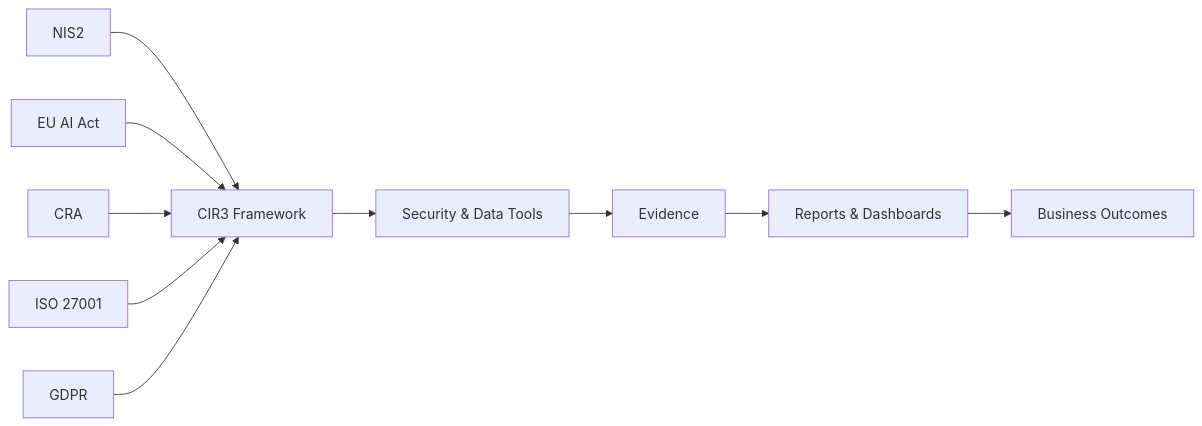
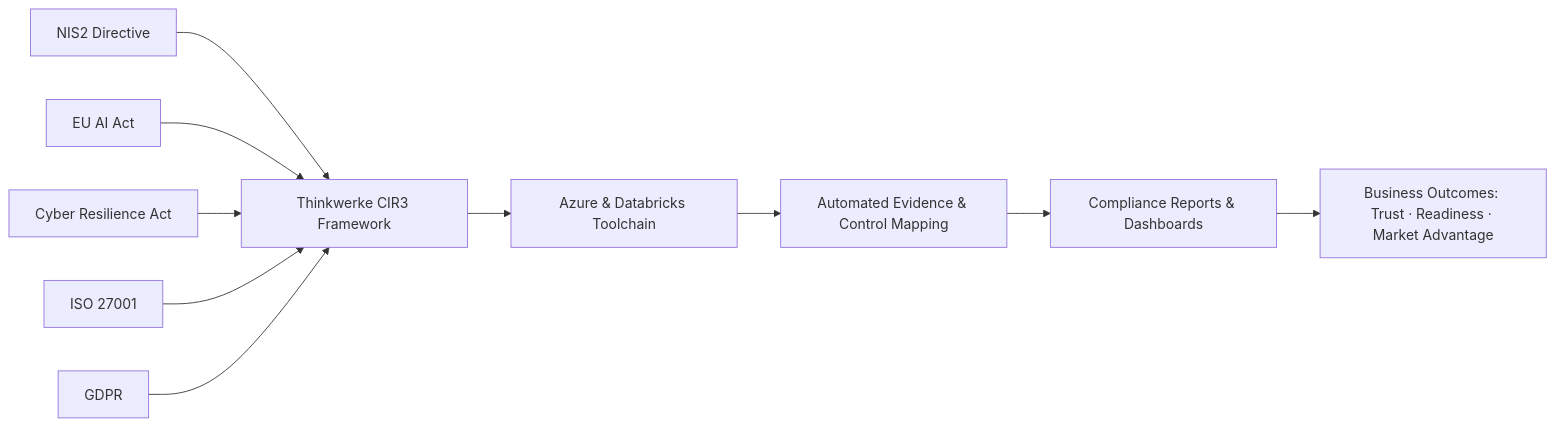
The diagram in CIR³ Framework.md (Mynkskhr/Mapping), drawn with Mermaid before and after one commit.

Commit message:
Update CIR³ Framework.md

````diff
--- a/CIR³ Framework.md
+++ b/CIR³ Framework.md
@@ -43,15 +43,15 @@
 ```mermaid
 
 flowchart LR
-NIS2[NIS2] --> CIR3[CIR3 Framework]
+NIS2[NIS2 Directive] --> CIR3[Thinkwerke CIR3 Framework]
 AIA[EU AI Act] --> CIR3
-CRA[CRA] --> CIR3
+CRA[Cyber Resilience Act] --> CIR3
 ISO[ISO 27001] --> CIR3
 GDPR[GDPR] --> CIR3
 
-CIR3 --> TOOLS[Security & Data Tools]
-TOOLS --> EVID[Evidence]
-EVID --> REPORTS[Reports & Dashboards]
-REPORTS --> VALUE[Business Outcomes]
+CIR3 --> TOOLS[Azure & Databricks Toolchain]
+TOOLS --> EVID[Automated Evidence & Control Mapping]
+EVID --> REPORTS[Compliance Reports & Dashboards]
+REPORTS --> VALUE[Business Outcomes: Trust · Readiness · Market Advantage]
 
 ```
````
